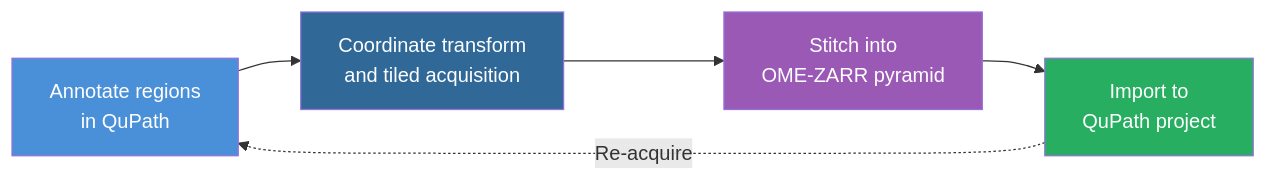
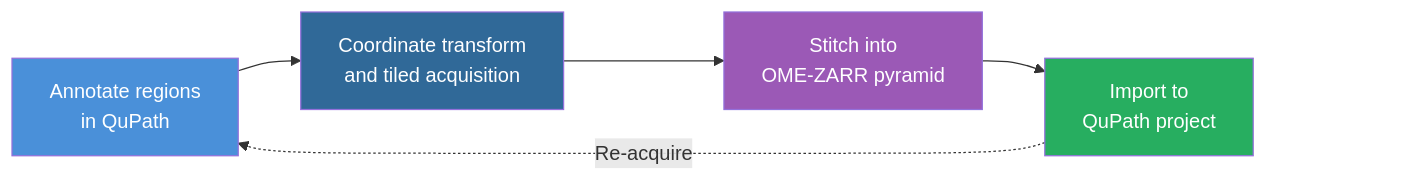
The second of 3 diagrams in README.md (uw-loci/QPSC), drawn with Mermaid before and after one commit. The commit also changed other lines of this file, not shown here.

First line of the commit message:
Move data flow diagram into Core Workflow, add spacer for controls

````diff
--- a/README.md
+++ b/README.md
@@ -649,10 +80,12 @@
 ```mermaid
 flowchart LR
     ROI["Annotate regions<br/>in QuPath"] --> Acq["Coordinate transform<br/>and tiled acquisition"] --> Stitch["Stitch into<br/>OME-ZARR pyramid"] --> Project["Import to<br/>QuPath project"]
     Project -.->|"Re-acquire"| ROI
+    Project ~~~ PAD[ ]
 
     style ROI fill:#4A90D9,color:#fff
     style Acq fill:#306998,color:#fff
     style Stitch fill:#9B59B6,color:#fff
     style Project fill:#27AE60,color:#fff
+    style PAD fill:none,stroke:none,color:none
 ```
````
